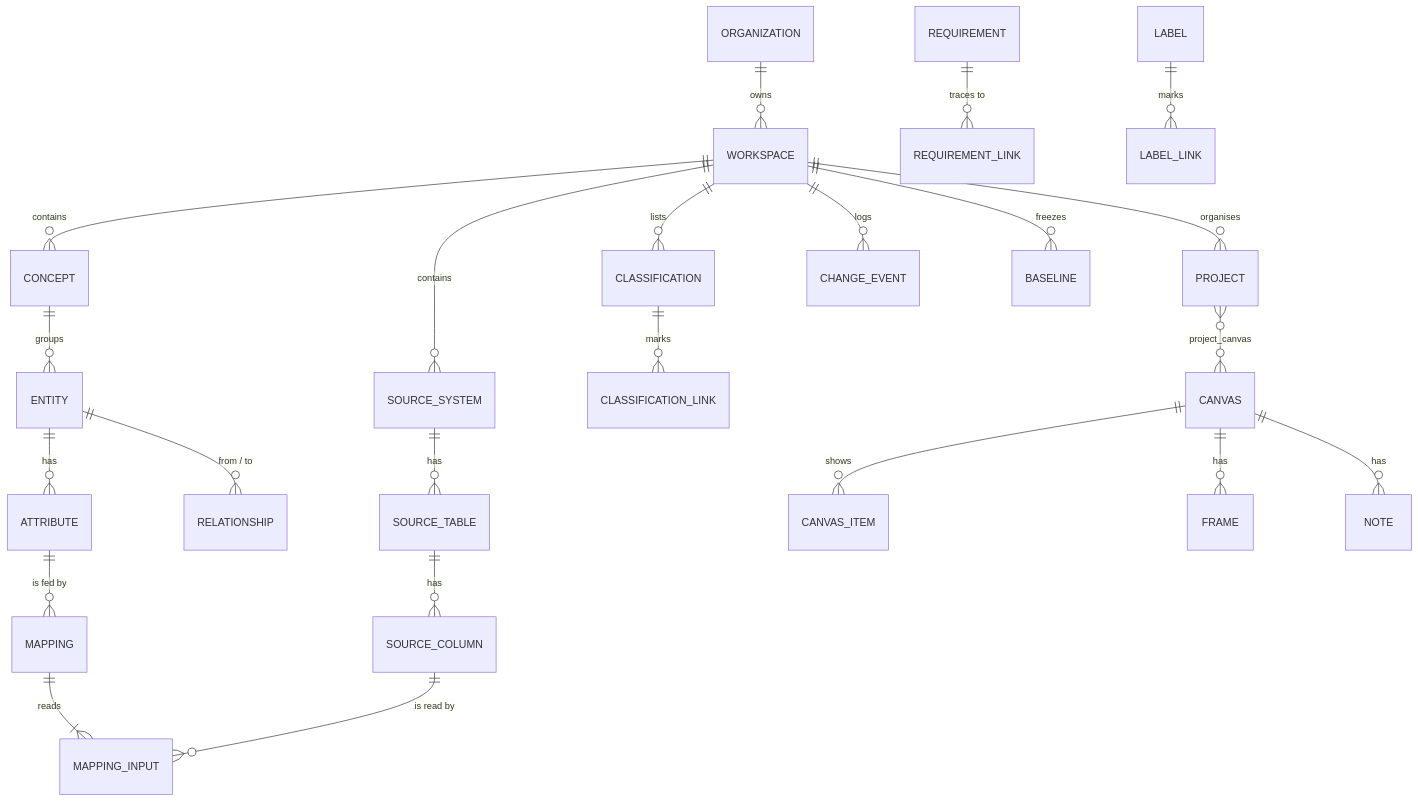
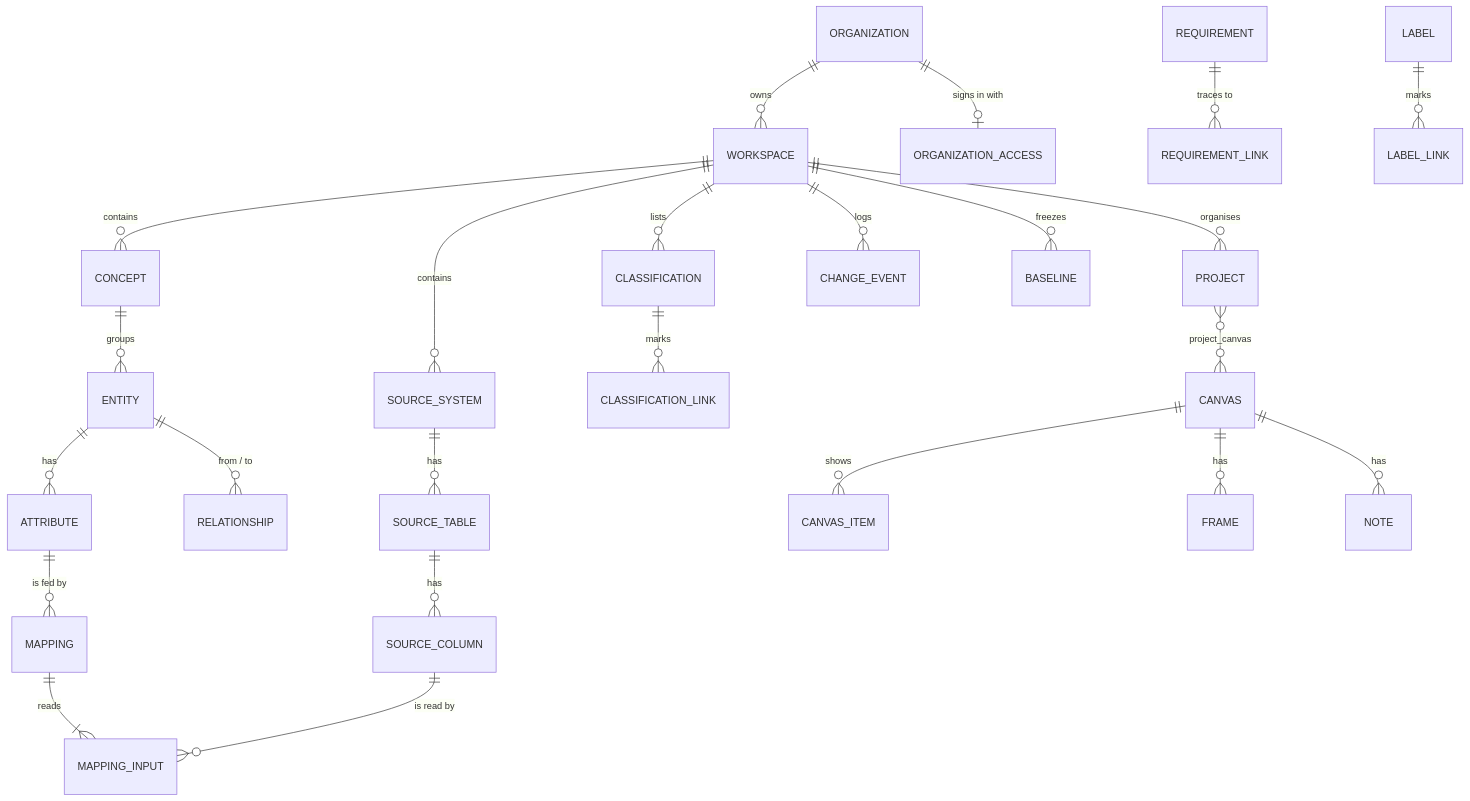
The diagram in docs/data-model-v2.md (LukaszWolski-DA/infomapper-app), drawn with Mermaid before and after one commit. The commit also changed other lines of this file and 10 other files, not shown here.

````diff
--- a/docs/data-model-v2.md
+++ b/docs/data-model-v2.md
@@ -17,25 +17,26 @@
 ```mermaid
 erDiagram
   ORGANIZATION ||--o{ WORKSPACE : owns
+  ORGANIZATION ||--o| ORGANIZATION_ACCESS : "signs in with"
   WORKSPACE ||--o{ CONCEPT : contains
   CONCEPT ||--o{ ENTITY : groups
   ENTITY ||--o{ ATTRIBUTE : has
   ENTITY ||--o{ RELATIONSHIP : "from / to"
   WORKSPACE ||--o{ SOURCE_SYSTEM : contains
   SOURCE_SYSTEM ||--o{ SOURCE_TABLE : has
   SOURCE_TABLE ||--o{ SOURCE_COLUMN : has
   WORKSPACE ||--o{ CLASSIFICATION : lists
   CLASSIFICATION ||--o{ CLASSIFICATION_LINK : marks
   ATTRIBUTE ||--o{ MAPPING : "is fed by"
   MAPPING ||--|{ MAPPING_INPUT : reads
   SOURCE_COLUMN ||--o{ MAPPING_INPUT : "is read by"
   REQUIREMENT ||--o{ REQUIREMENT_LINK : "traces to"
   LABEL ||--o{ LABEL_LINK : marks
   WORKSPACE ||--o{ PROJECT : organises
   PROJECT }o--o{ CANVAS : "project_canvas"
   CANVAS ||--o{ CANVAS_ITEM : shows
   CANVAS ||--o{ FRAME : has
   CANVAS ||--o{ NOTE : has
   WORKSPACE ||--o{ CHANGE_EVENT : logs
   WORKSPACE ||--o{ BASELINE : freezes
 ```
````
